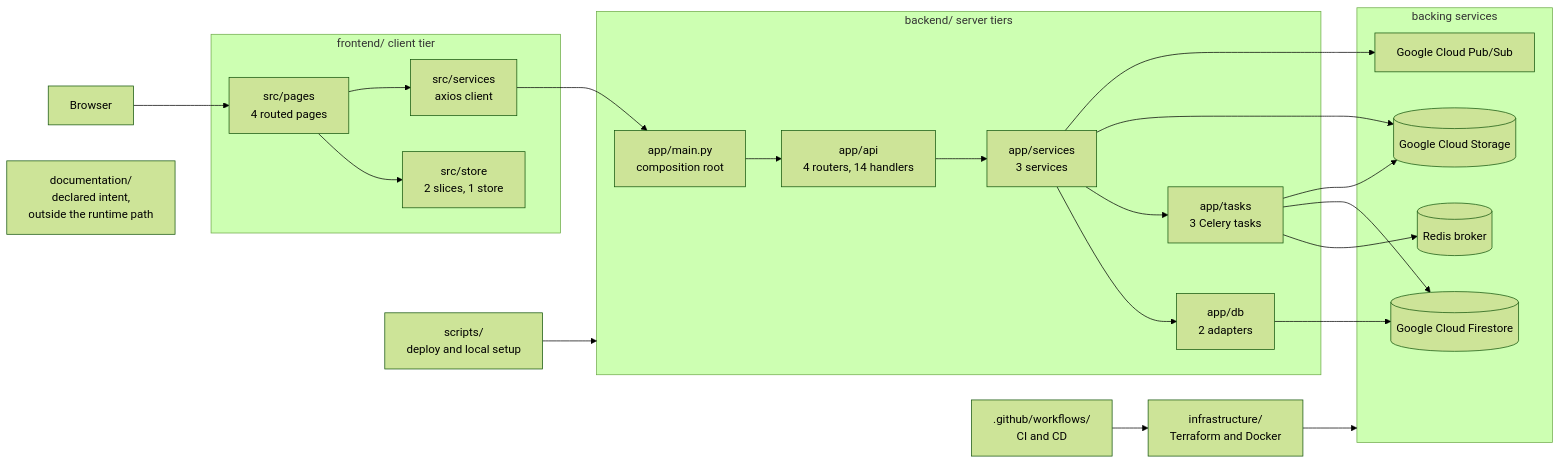
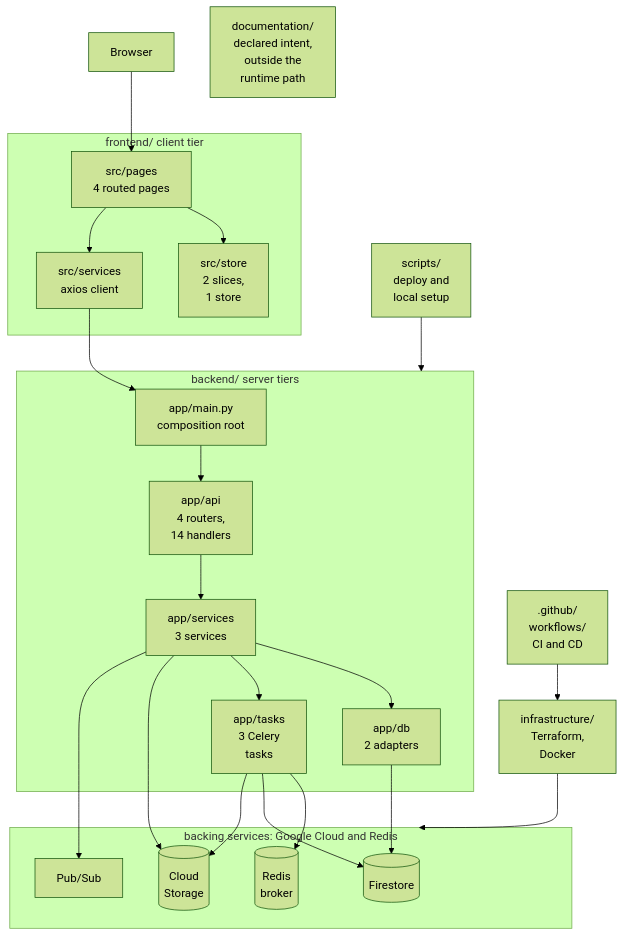
The first of 2 diagrams in docs/architecture-overview.md (blitzy-public-samples/microsoft-word-u33ko0), drawn with Mermaid (forest theme) before and after one commit. The commit also changed other lines of this file and 20 other files, not shown here.

First line of the commit message:
﻿docs: resolve QA findings on Mermaid legibility, label integrity and accessibility

````diff
--- a/docs/architecture-overview.md
+++ b/docs/architecture-overview.md
@@ -140,50 +140,52 @@
 ```mermaid
-graph LR
+graph TD
+    accTitle: The four tiers, the backing services they fan out to, and the specification boundary
+    accDescr: A browser reaches the client tier, the client calls the HTTP API, a handler calls a service, a service calls an adapter or queues work, and the adapters and tasks reach four backing services. Terraform and Docker provision the runtime, the workflows release into it, and the shell scripts stand up a local equivalent. Every edge is intent rather than verified behaviour.
     BROWSER["Browser"]
 
     subgraph FE["frontend/ client tier"]
         PAGES["src/pages<br/>4 routed pages"]
-        STORE["src/store<br/>2 slices, 1 store"]
+        STORE["src/store<br/>2 slices,<br/>1 store"]
         CLIENT["src/services<br/>axios client"]
     end
 
     subgraph BE["backend/ server tiers"]
         MAIN["app/main.py<br/>composition root"]
-        ROUTERS["app/api<br/>4 routers, 14 handlers"]
+        ROUTERS["app/api<br/>4 routers,<br/>14 handlers"]
         SERVICES["app/services<br/>3 services"]
         ADAPTERS["app/db<br/>2 adapters"]
-        TASKS["app/tasks<br/>3 Celery tasks"]
+        TASKS["app/tasks<br/>3 Celery<br/>tasks"]
     end
 
-    subgraph CLOUD["backing services"]
-        FS[("Google Cloud Firestore")]
-        GCS[("Google Cloud Storage")]
-        PUBSUB["Google Cloud Pub/Sub"]
-        BROKER[("Redis broker")]
+    subgraph CLOUD["backing services: Google Cloud and Redis"]
+        FS[("Firestore")]
+        GCS[("Cloud<br/>Storage")]
+        PUBSUB["Pub/Sub"]
+        BROKER[("Redis<br/>broker")]
     end
 
-    INFRA["infrastructure/<br/>Terraform and Docker"]
-    PIPE[".github/workflows/<br/>CI and CD"]
-    SH["scripts/<br/>deploy and local setup"]
-    SPEC["documentation/<br/>declared intent,<br/>outside the runtime path"]
+    INFRA["infrastructure/<br/>Terraform,<br/>Docker"]
+    PIPE[".github/<br/>workflows/<br/>CI and CD"]
+    SH["scripts/<br/>deploy and<br/>local setup"]
+    SPEC["documentation/<br/>declared intent,<br/>outside the<br/>runtime path"]
 
     BROWSER --> PAGES
     PAGES --> STORE
     PAGES --> CLIENT
     CLIENT --> MAIN
     MAIN --> ROUTERS
     ROUTERS --> SERVICES
     SERVICES --> ADAPTERS
     SERVICES --> TASKS
     ADAPTERS --> FS
     SERVICES --> GCS
     SERVICES --> PUBSUB
     TASKS --> BROKER
     TASKS --> FS
     TASKS --> GCS
     INFRA --> CLOUD
     PIPE --> INFRA
     SH --> BE
 
 %% Solid edges only. Every edge here is intent, not verified behaviour.
 ```
````
